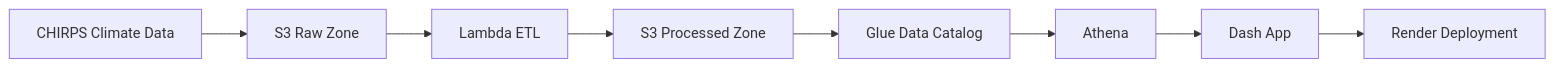
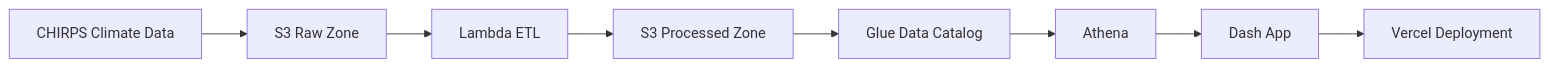
The diagram in README.md (Kutlwano-Take/africlimate-analytics-lake), drawn with Mermaid before and after one commit. The commit also changed other lines of this file and 4 other files, not shown here.

Commit message:
Remove Render deployment config and docs references

````diff
--- a/README.md
+++ b/README.md
@@ -25,10 +25,10 @@
 ```mermaid
 flowchart LR
 A[CHIRPS Climate Data] --> B[S3 Raw Zone]
 B --> C[Lambda ETL]
 C --> D[S3 Processed Zone]
 D --> E[Glue Data Catalog]
 E --> F[Athena]
 F --> G[Dash App]
-G --> H[Render Deployment]
+G --> H[Vercel Deployment]
 ```
````
